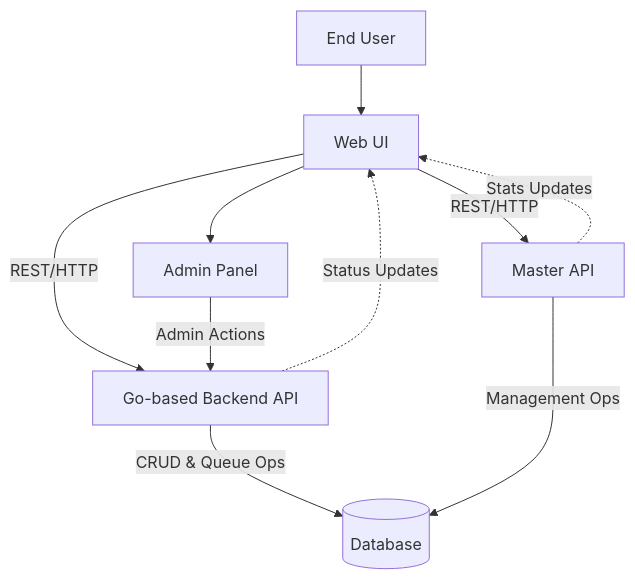
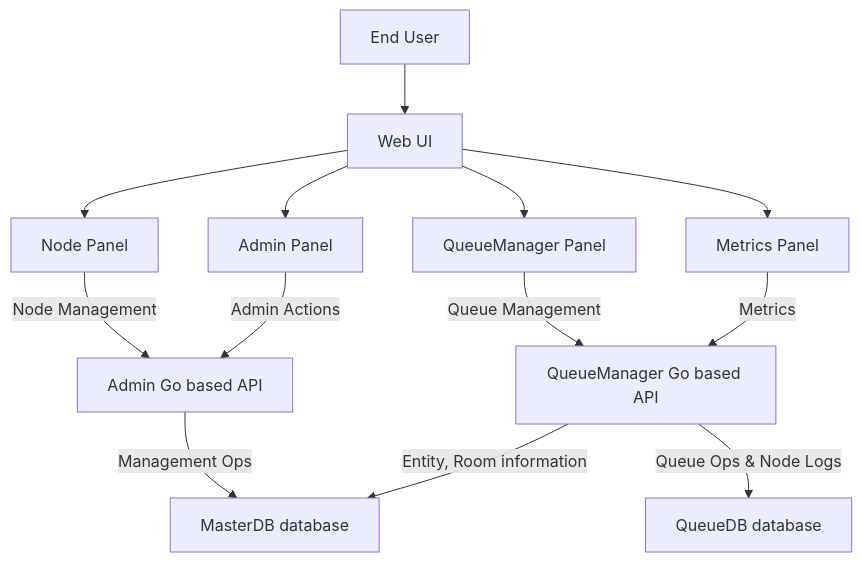
The diagram in README.md (gsmayya/QueueManager), drawn with Mermaid before and after one commit. The commit also changed other lines of this file, not shown here.

````diff
--- a/README.md
+++ b/README.md
@@ -5,20 +5,28 @@
 ```mermaid
 graph TD;
     UI[Web UI]
-    API[Go-based Backend API]
-    MasterAPI[Master API]
-    DB[(Database)]
+    QM[QueueManager Go based API]    
+    Admin[Admin Go based API]
+    QDB[QueueDB database]
+    MDB[MasterDB database]
     AdminPanel[Admin Panel]
+    NodePanel[Node Panel]
+    MetricsPanel[Metrics Panel]
+    QMPanel[QueueManager Panel]
     User[End User]
 
     User --> UI
-    UI -->|REST/HTTP| API
-    UI -->|REST/HTTP| MasterAPI
-    UI --> AdminPanel
-    AdminPanel -->|Admin Actions| API
+    UI --> AdminPanel  
+    UI --> NodePanel  
+    UI --> MetricsPanel
+    UI --> QMPanel
+  
+    QMPanel -->|Queue Management| QM
+    MetricsPanel -->|Metrics| QM
+    NodePanel -->|Node Management| Admin
+    AdminPanel -->|Admin Actions| Admin    
 
-    API -->|CRUD & Queue Ops| DB
-    MasterAPI -->|Management Ops| DB
-    API -.->|Status Updates| UI
-    MasterAPI -.->|Stats Updates| UI
+    QM -->|Queue Ops & Node Logs| QDB    
+    Admin --> |Management Ops| MDB
+    QM --> |Entity, Room information| MDB   
 ```
````
